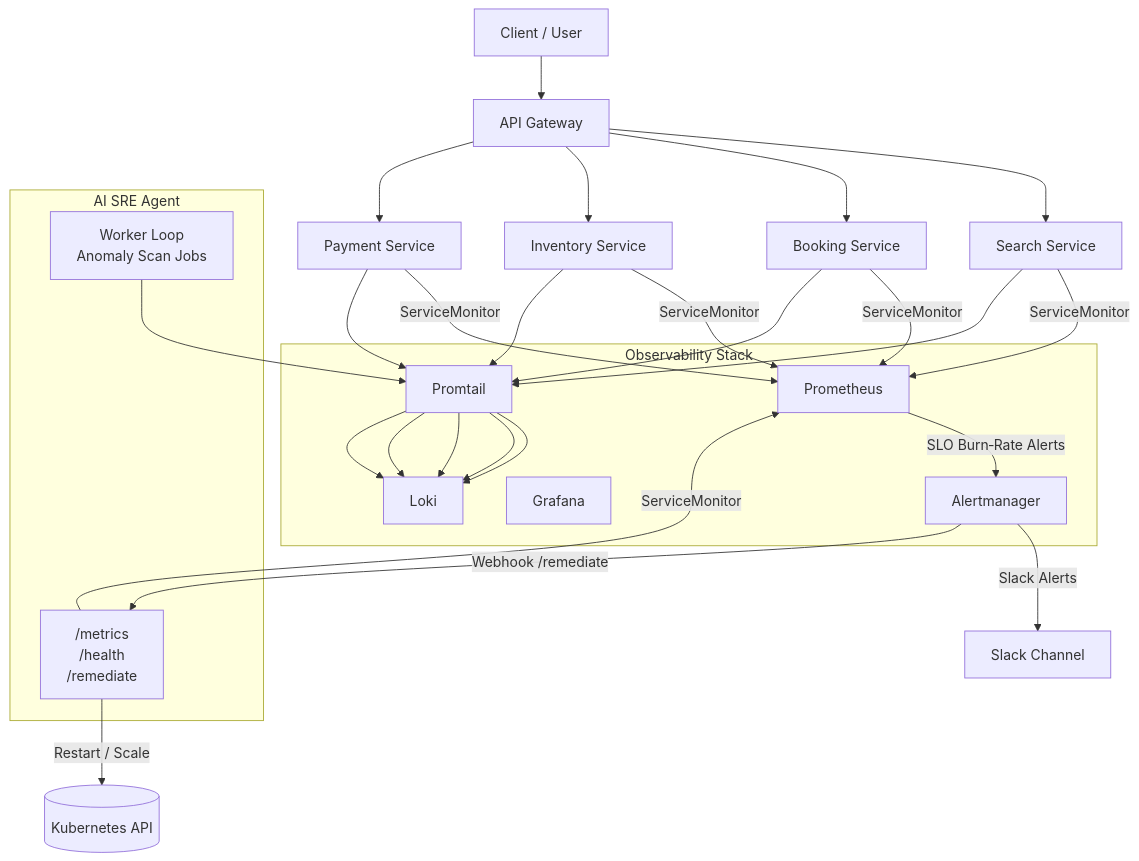
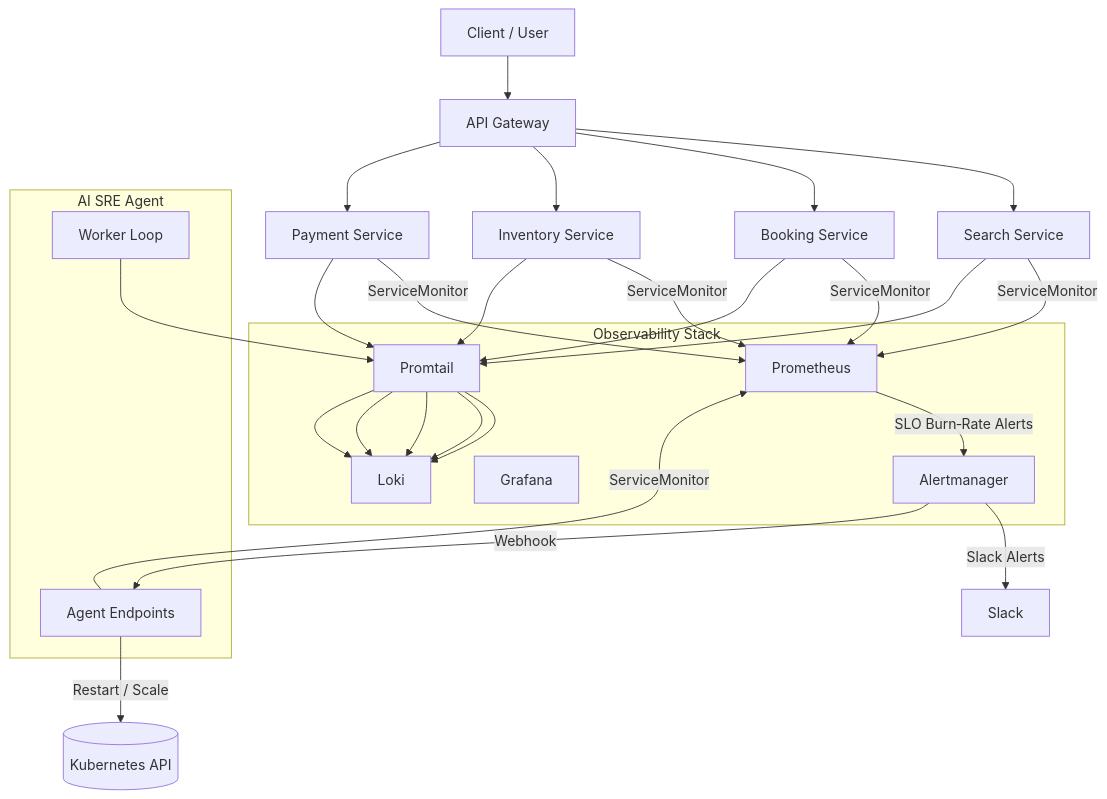
One commit to Franklindot04/travel-sre-ai-platform changed the diagram in README.md. Above: the diagram before and after it, drawn with Mermaid.

Commit message:
Refactor mermaid diagram for clarity and formatting

````diff
--- a/README.md
+++ b/README.md
@@ -32,42 +32,40 @@
 ```mermaid
 flowchart TD
 A[Client / User] --> B[API Gateway]
+
 B --> S1[Search Service]
 B --> B1[Booking Service]
 B --> I1[Inventory Service]
 B --> P1[Payment Service]
 
 subgraph SRE[AI SRE Agent]
-W1["Worker Loop
-Anomaly Scan Jobs"]
-W2["/metrics
-/health
-/remediate"]
+W1[Worker Loop]
+W2[Agent Endpoints]
 end
 
 subgraph OBS[Observability Stack]
 P[Prometheus]
 AM[Alertmanager]
 G[Grafana]
 L[Loki]
 PT[Promtail]
 end
 
 S1 -->|ServiceMonitor| P
 B1 -->|ServiceMonitor| P
 I1 -->|ServiceMonitor| P
 P1 -->|ServiceMonitor| P
 W2 -->|ServiceMonitor| P
 
 S1 --> PT --> L
 B1 --> PT --> L
 I1 --> PT --> L
 P1 --> PT --> L
 W1 --> PT --> L
 
 P -->|SLO Burn‑Rate Alerts| AM
-AM -->|Slack Alerts| SL[Slack Channel]
-AM -->|Webhook /remediate| W2
+AM -->|Slack Alerts| SL[Slack]
+AM -->|Webhook| W2
 
 W2 -->|Restart / Scale| K8S[(Kubernetes API)]
 ```
````
